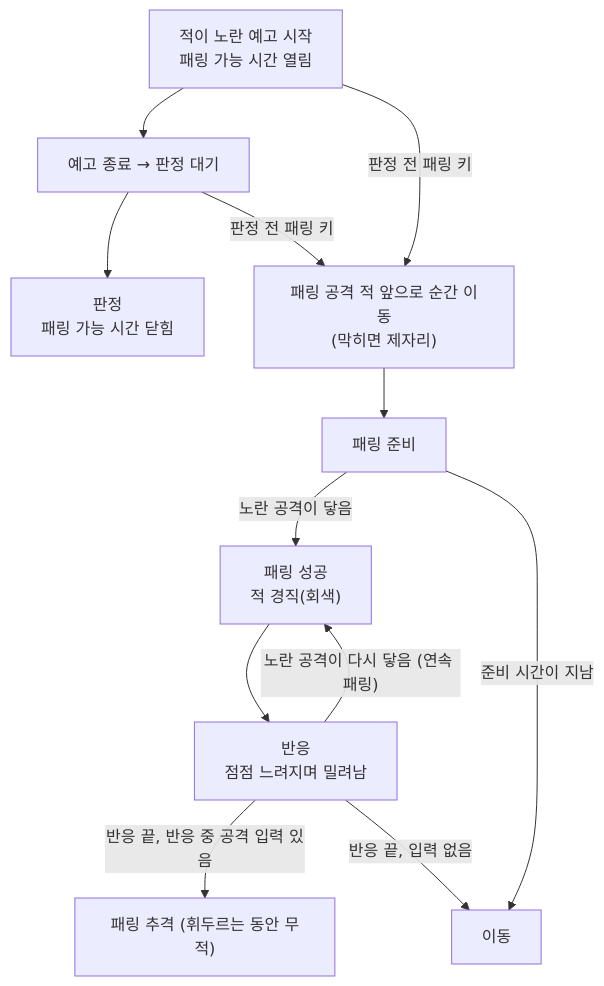
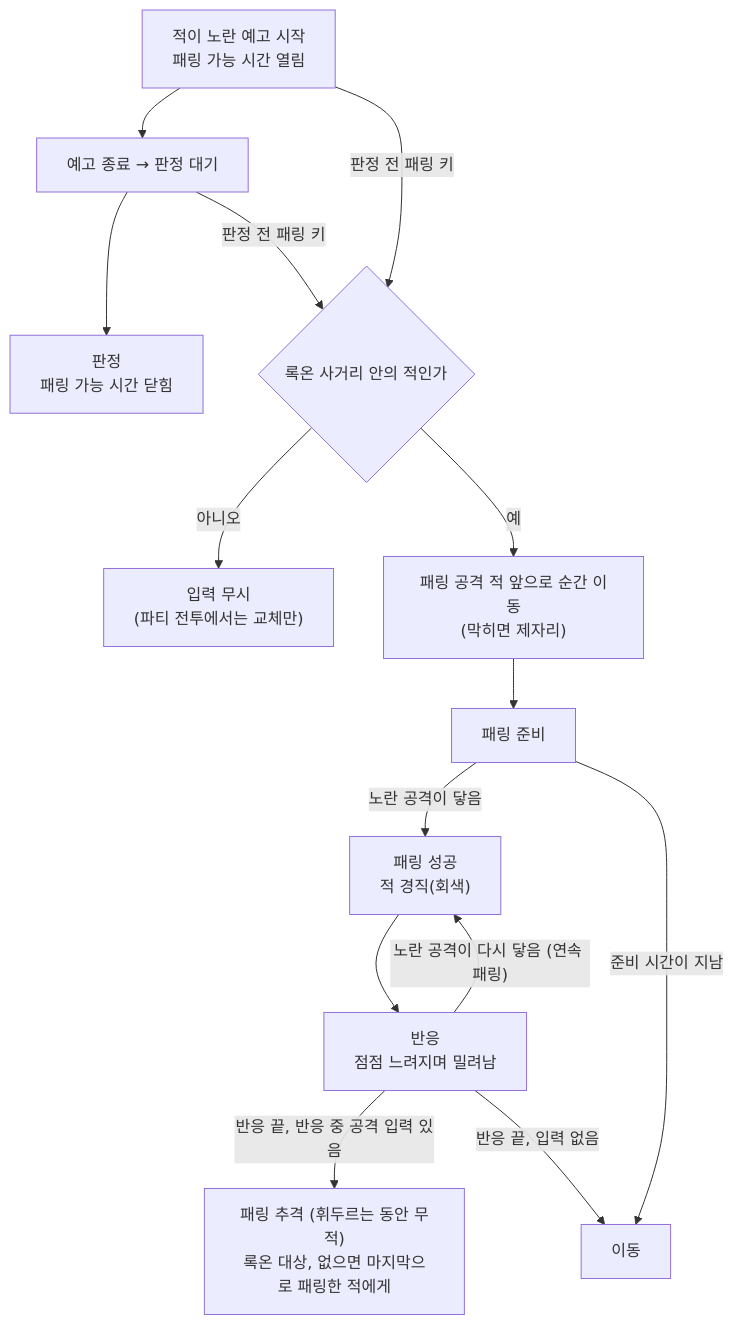
One commit to SquashPrince/Develrocket_mp15_HHH changed the fourth of 4 diagrams in Docs/Technical/Player/PlayerHit.md. Above: the diagram before and after it, drawn with Mermaid. The commit also changed other lines of this file and 6 other files, not shown here.

````diff
--- a/Docs/Technical/Player/PlayerHit.md
+++ b/Docs/Technical/Player/PlayerHit.md
@@ -102,14 +104,16 @@
 ```mermaid
 flowchart TD
     Y["적이 노란 예고 시작<br>패링 가능 시간 열림"] --> W["예고 종료 → 판정 대기"]
     W --> J["판정<br>패링 가능 시간 닫힘"]
-    Y -->|"판정 전 패링 키"| T["패링 공격 적 앞으로 순간 이동<br>(막히면 제자리)"]
-    W -->|"판정 전 패링 키"| T
+    Y -->|"판정 전 패링 키"| D{"록온 사거리 안의 적인가"}
+    W -->|"판정 전 패링 키"| D
+    D -->|"아니오"| N["입력 무시<br>(파티 전투에서는 교체만)"]
+    D -->|"예"| T["패링 공격 적 앞으로 순간 이동<br>(막히면 제자리)"]
     T --> R["패링 준비"]
     R -->|"노란 공격이 닿음"| S["패링 성공<br>적 경직(회색)"]
     R -->|"준비 시간이 지남"| L["이동"]
     S --> P["반응<br>점점 느려지며 밀려남"]
     P -->|"노란 공격이 다시 닿음 (연속 패링)"| S
-    P -->|"반응 끝, 반응 중 공격 입력 있음"| C["패링 추격 (휘두르는 동안 무적)"]
+    P -->|"반응 끝, 반응 중 공격 입력 있음"| C["패링 추격 (휘두르는 동안 무적)<br>록온 대상, 없으면 마지막으로 패링한 적에게"]
     P -->|"반응 끝, 입력 없음"| L
 ```
````
